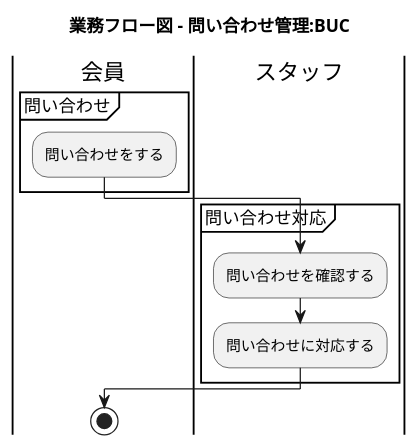
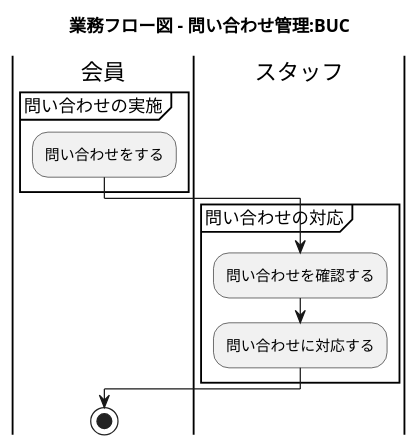
One commit to k2works/case-study-mrs changed the sixth of 29 diagrams in docs/index.adoc. Above: the diagram before and after it, drawn with PlantUML. The commit also changed other lines of this file and 7 other files, not shown here.

```diff
--- a/docs/index.adoc
+++ b/docs/index.adoc
@@ -199,22 +199,22 @@
 [plantuml]
 ----
 @startuml
 
 title 業務フロー図 - 問い合わせ管理:BUC
 
 |会員|
-partition 問い合わせ {
+partition 問い合わせの実施 {
   :問い合わせをする;
 }
 
 |スタッフ|
-partition 問い合わせ対応 {
+partition 問い合わせの対応 {
   :問い合わせを確認する;
   :問い合わせに対応する;
 }
 
 |会員|
 stop
 
 @enduml
 ----
```
